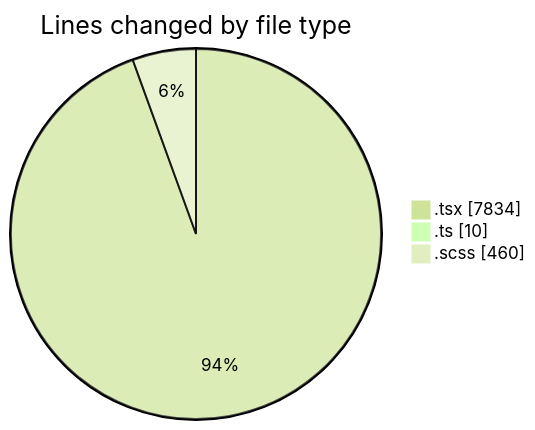
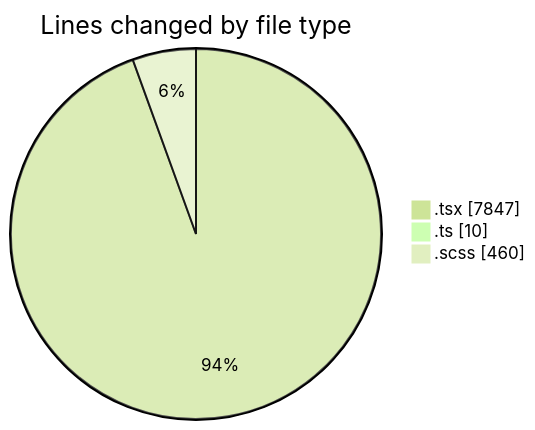
Before and after one commit to momahboobian/code-tracking: the first of 2 diagrams in 2025-11-17/cda/README.md, drawn with Mermaid (forest theme). The commit also changed other lines of this file and 1 other file, not shown here.

````diff
--- a/2025-11-17/cda/README.md
+++ b/2025-11-17/cda/README.md
@@ -34,7 +34,7 @@
 ```mermaid
 pie showData
 title Lines changed by file type
-".tsx" : 7834
+".tsx" : 7847
 ".ts" : 10
 ".scss" : 460
 ```
````
